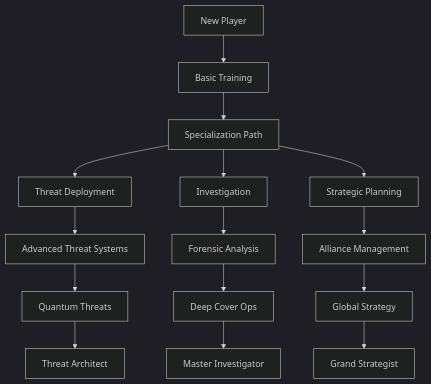
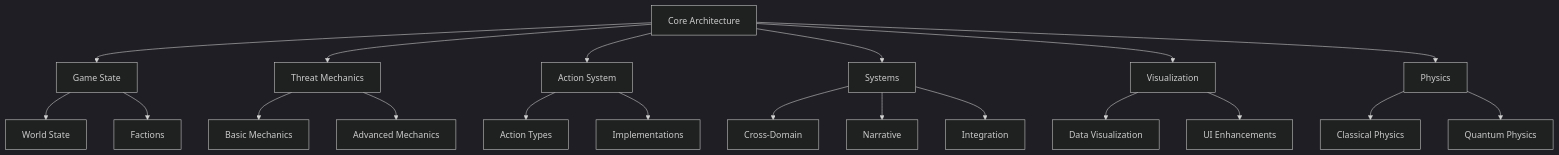
The diagram in MODEL.md (automenta/globalcrisis2), drawn with Mermaid (dark theme) before and after one commit. The commit also changed other lines of this file and 16 other files, not shown here.

````diff
--- a/MODEL.md
+++ b/MODEL.md
@@ -1361,17 +36,28 @@
 ```mermaid
 graph TD
-    A[New Player] --> B[Basic Training]
-    B --> C[Specialization Path]
-    C --> D[Threat Deployment]
-    C --> E[Investigation]
-    C --> F[Strategic Planning]
-    D --> G[Advanced Threat Systems]
-    E --> H[Forensic Analysis]
-    F --> I[Alliance Management]
-    G --> J[Quantum Threats]
-    H --> K[Deep Cover Ops]
-    I --> L[Global Strategy]
-    J --> M[Threat Architect]
-    K --> N[Master Investigator]
-    L --> O[Grand Strategist]
+    A[Core Architecture] --> B[Game State]
+    A --> C[Threat Mechanics]
+    A --> D[Action System]
+    A --> E[Systems]
+    A --> F[Visualization]
+    A --> G[Physics]
+    
+    B --> H[World State]
+    B --> I[Factions]
+    
+    C --> J[Basic Mechanics]
+    C --> K[Advanced Mechanics]
+    
+    D --> L[Action Types]
+    D --> M[Implementations]
+    
+    E --> N[Cross-Domain]
+    E --> O[Narrative]
+    E --> P[Integration]
+    
+    F --> Q[Data Visualization]
+    F --> R[UI Enhancements]
+    
+    G --> S[Classical Physics]
+    G --> T[Quantum Physics]
 ```
````
